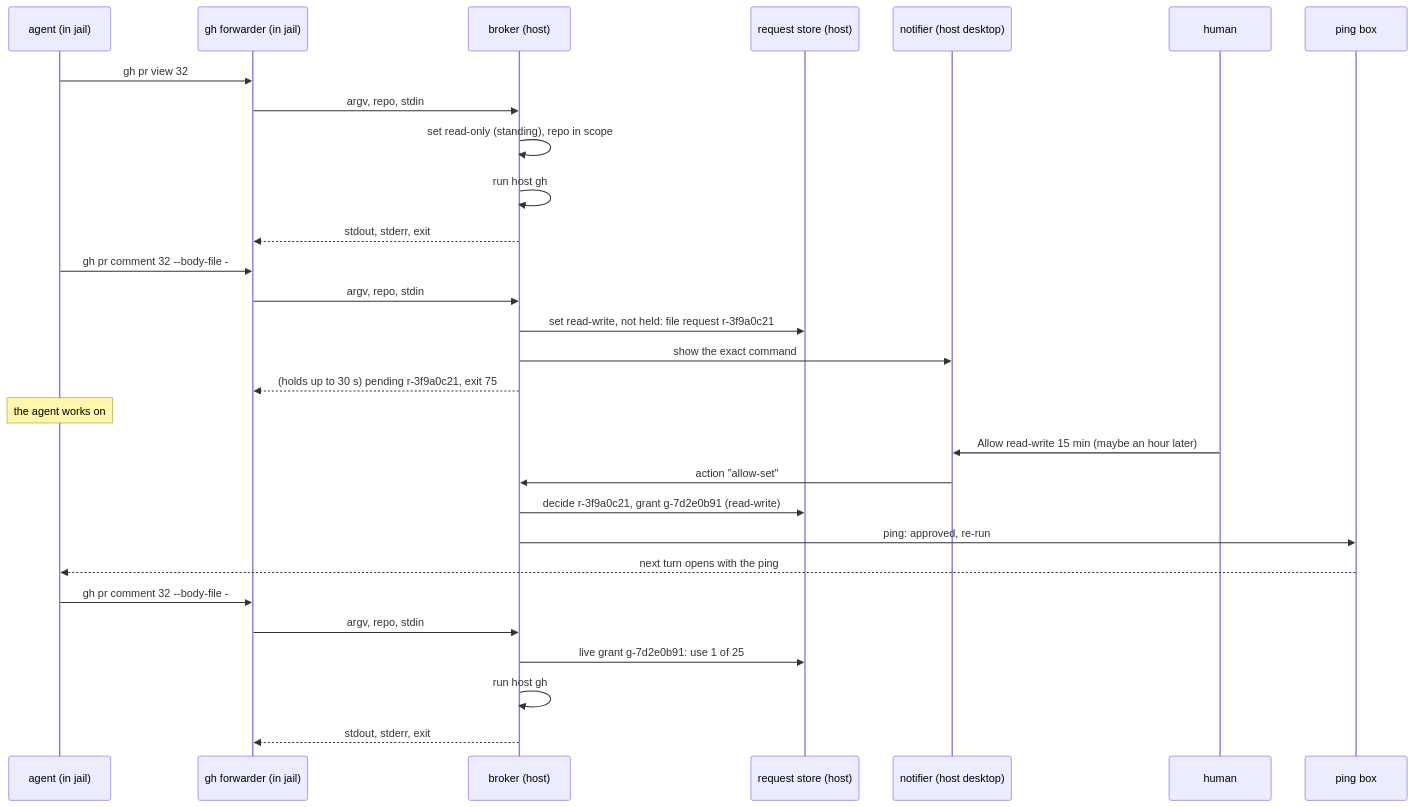
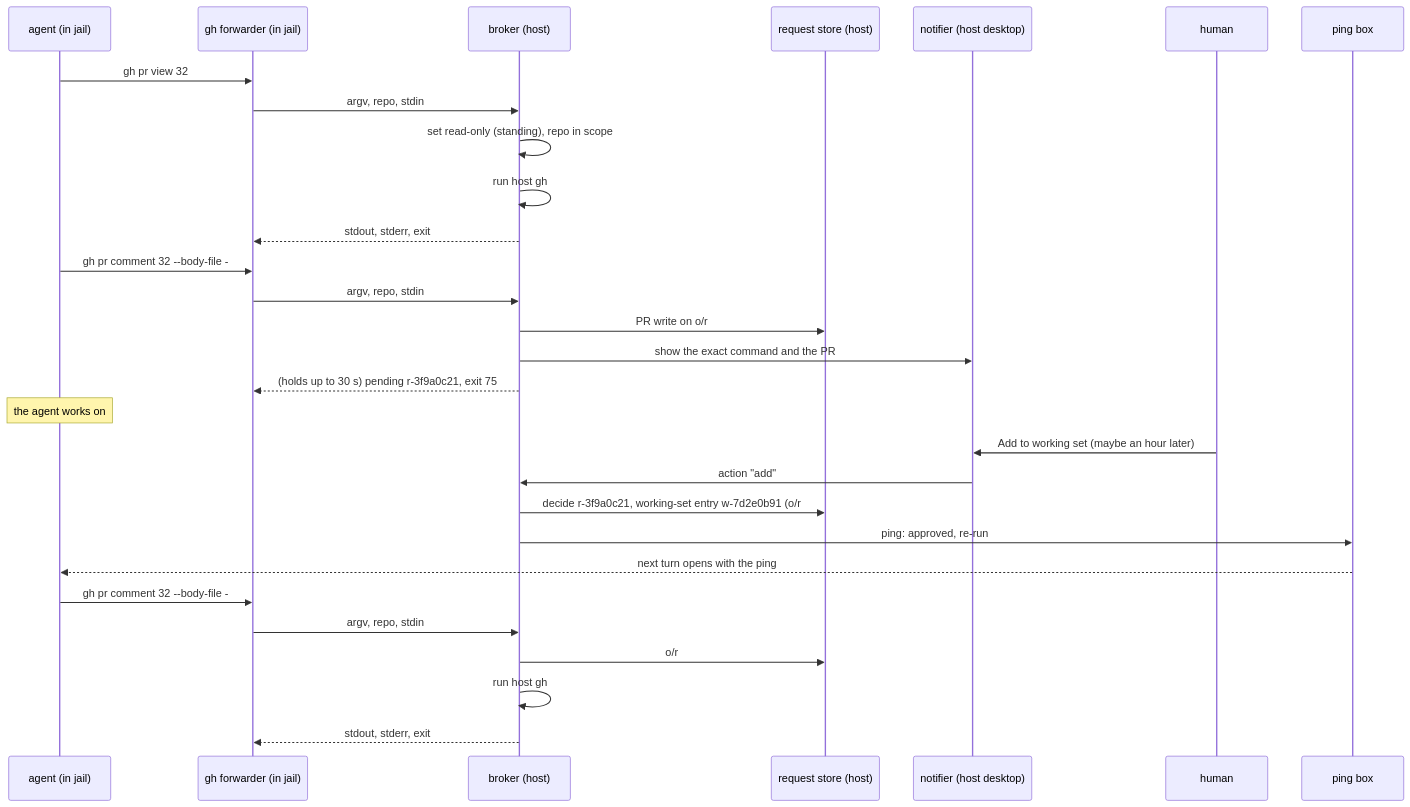
The first of 2 diagrams in docs/design/boundary-broker.md (kurt-hs/yolo-jail), drawn with Mermaid before and after one commit. The commit also changed other lines of this file and 1 other file, not shown here.

First line of the commit message:
docs(design): resource-scoped broker grants, per the 2026-10-23 grant model

````diff
--- a/docs/design/boundary-broker.md
+++ b/docs/design/boundary-broker.md
@@ -342,31 +405,31 @@
 ```mermaid
 sequenceDiagram
   participant A as agent (in jail)
   participant F as gh forwarder (in jail)
   participant B as broker (host)
   participant S as request store (host)
   participant N as notifier (host desktop)
   participant H as human
   participant P as ping box
   A->>F: gh pr view 32
   F->>B: argv, repo, stdin
   B->>B: set read-only (standing), repo in scope
   B->>B: run host gh
   B-->>F: stdout, stderr, exit
   A->>F: gh pr comment 32 --body-file -
   F->>B: argv, repo, stdin
-  B->>S: set read-write, not held: file request r-3f9a0c21
-  B->>N: show the exact command
+  B->>S: PR write on o/r#32, not covered: file request r-3f9a0c21
+  B->>N: show the exact command and the PR
   B-->>F: (holds up to 30 s) pending r-3f9a0c21, exit 75
   Note over A: the agent works on
-  H->>N: Allow read-write 15 min (maybe an hour later)
-  N->>B: action "allow-set"
-  B->>S: decide r-3f9a0c21, grant g-7d2e0b91 (read-write)
+  H->>N: Add to working set (maybe an hour later)
+  N->>B: action "add"
+  B->>S: decide r-3f9a0c21, working-set entry w-7d2e0b91 (o/r#32)
   B->>P: ping: approved, re-run
   P-->>A: next turn opens with the ping
   A->>F: gh pr comment 32 --body-file -
   F->>B: argv, repo, stdin
-  B->>S: live grant g-7d2e0b91: use 1 of 25
+  B->>S: o/r#32 is in the working set
   B->>B: run host gh
   B-->>F: stdout, stderr, exit
 ```
````
